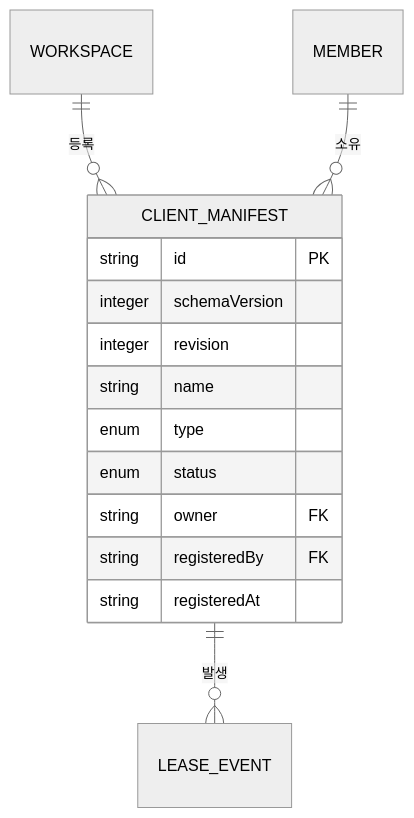
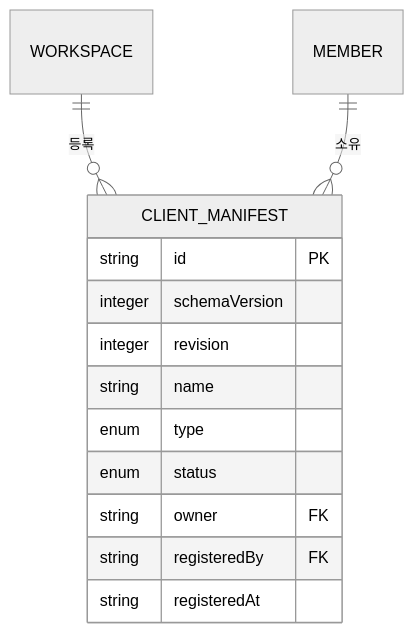
The diagram in docs/model/MOD-002-Workspace-클라이언트-데이터-모델.md (runtime-co-kr/rundol), drawn with Mermaid (neutral theme) before and after one commit. The commit also changed other lines of this file and 9 other files, not shown here.

````diff
--- a/docs/model/MOD-002-Workspace-클라이언트-데이터-모델.md
+++ b/docs/model/MOD-002-Workspace-클라이언트-데이터-모델.md
@@ -58,18 +57,17 @@
 ```mermaid
 erDiagram
     WORKSPACE ||--o{ CLIENT_MANIFEST : "등록"
     MEMBER ||--o{ CLIENT_MANIFEST : "소유"
-    CLIENT_MANIFEST ||--o{ LEASE_EVENT : "발생"
 
     CLIENT_MANIFEST {
         string id PK
         integer schemaVersion
         integer revision
         string name
         enum type
         enum status
         string owner FK
         string registeredBy FK
         string registeredAt
     }
 ```
````
